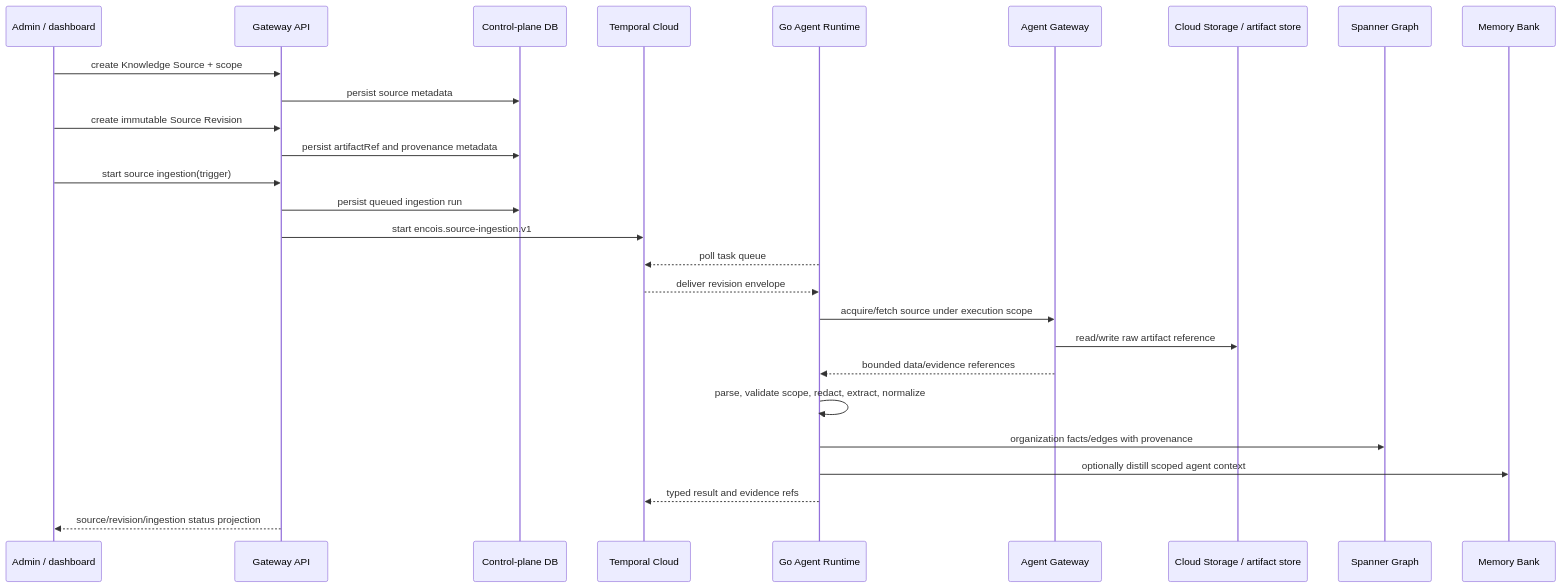
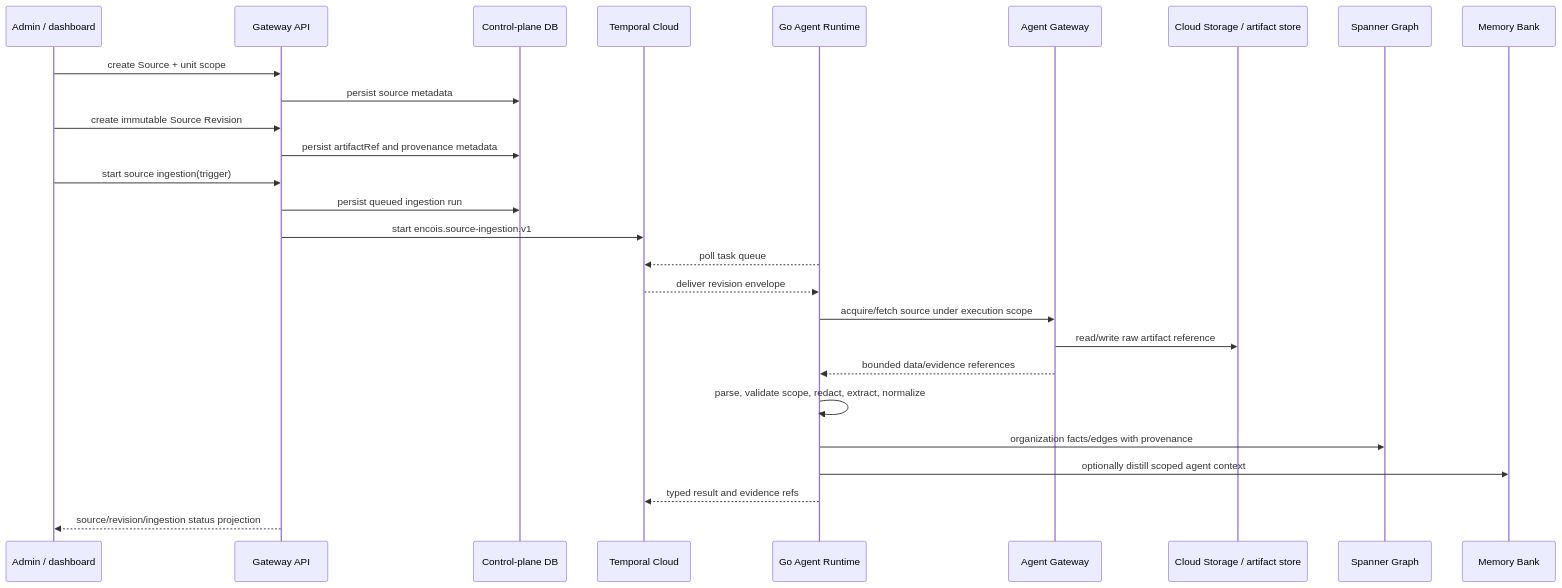
One commit to andriishupta/encois changed the third of 5 diagrams in docs/flows.md. Above: the diagram before and after it, drawn with Mermaid. The commit also changed other lines of this file and 116 other files, not shown here.

````diff
--- a/docs/flows.md
+++ b/docs/flows.md
@@ -301,30 +303,30 @@
 ```mermaid
 sequenceDiagram
     participant Admin as Admin / dashboard
     participant API as Gateway API
     participant DB as Control-plane DB
     participant Temporal as Temporal Cloud
     participant Runtime as Go Agent Runtime
     participant AgentGW as Agent Gateway
     participant Raw as Cloud Storage / artifact store
     participant Graph as Spanner Graph
     participant Memory as Memory Bank
 
-    Admin->>API: create Knowledge Source + scope
+    Admin->>API: create Source + unit scope
     API->>DB: persist source metadata
     Admin->>API: create immutable Source Revision
     API->>DB: persist artifactRef and provenance metadata
     Admin->>API: start source ingestion(trigger)
     API->>DB: persist queued ingestion run
     API->>Temporal: start encois.source-ingestion.v1
     Runtime-->>Temporal: poll task queue
     Temporal-->>Runtime: deliver revision envelope
     Runtime->>AgentGW: acquire/fetch source under execution scope
     AgentGW->>Raw: read/write raw artifact reference
     AgentGW-->>Runtime: bounded data/evidence references
     Runtime->>Runtime: parse, validate scope, redact, extract, normalize
     Runtime->>Graph: organization facts/edges with provenance
     Runtime->>Memory: optionally distill scoped agent context
     Runtime-->>Temporal: typed result and evidence refs
     API-->>Admin: source/revision/ingestion status projection
 ```
````
